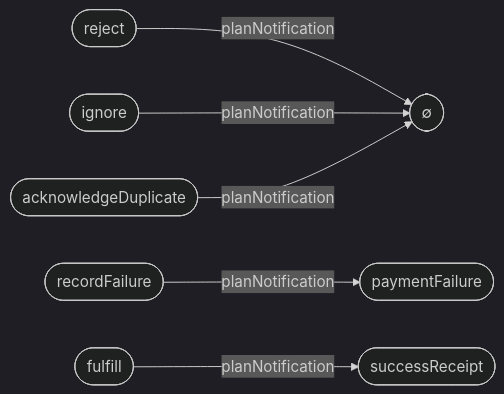
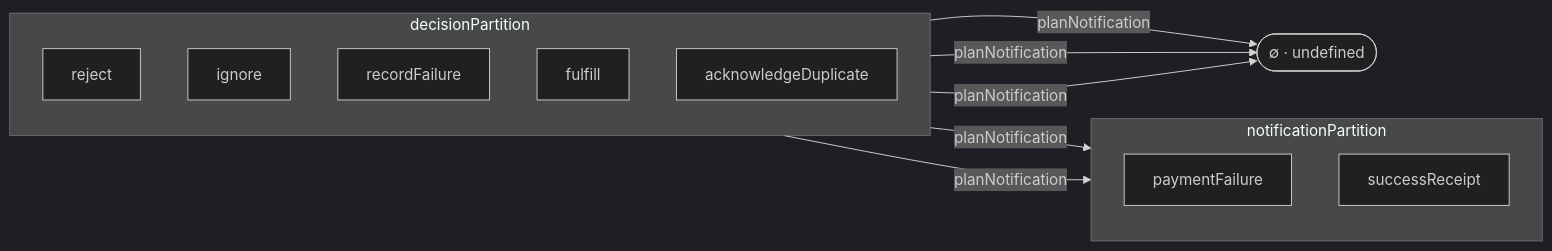
The fourth of 4 diagrams in review/generated/PaymentWebhookNetwork.md (mrvanish97/archiscript), drawn with Mermaid (dark theme) before and after one commit. The commit also changed other lines of this file and 27 other files, not shown here.

````diff
--- a/review/generated/PaymentWebhookNetwork.md
+++ b/review/generated/PaymentWebhookNetwork.md
@@ -72,16 +82,22 @@
 ```mermaid
 flowchart LR
-  S0(["reject"])
-  S1(["ignore"])
-  S2(["recordFailure"])
-  S3(["fulfill"])
-  S4(["acknowledgeDuplicate"])
-  T0(["∅"])
-  T1(["paymentFailure"])
-  T2(["successReceipt"])
-  S0 -->|"planNotification"| T0
-  S1 -->|"planNotification"| T0
-  S2 -->|"planNotification"| T1
-  S3 -->|"planNotification"| T2
-  S4 -->|"planNotification"| T0
+  subgraph DECISION["decisionPartition"]
+    direction TB
+    S0["reject"]
+    S1["ignore"]
+    S2["recordFailure"]
+    S3["fulfill"]
+    S4["acknowledgeDuplicate"]
+  end
+  subgraph NOTIFICATION["notificationPartition"]
+    direction TB
+    T0["paymentFailure"]
+    T1["successReceipt"]
+  end
+  U(["∅ · undefined"])
+  S0 -->|"planNotification"| U
+  S1 -->|"planNotification"| U
+  S2 -->|"planNotification"| T0
+  S3 -->|"planNotification"| T1
+  S4 -->|"planNotification"| U
 ```
````
